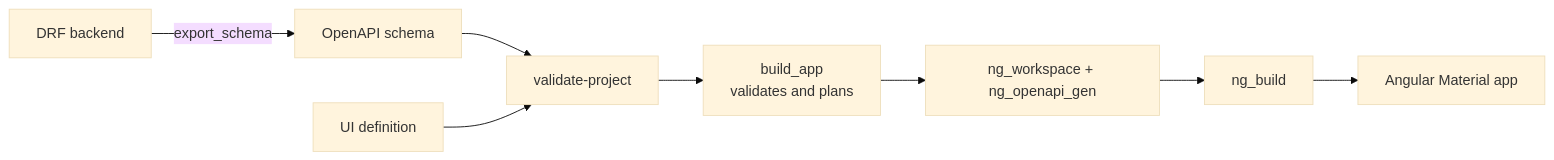
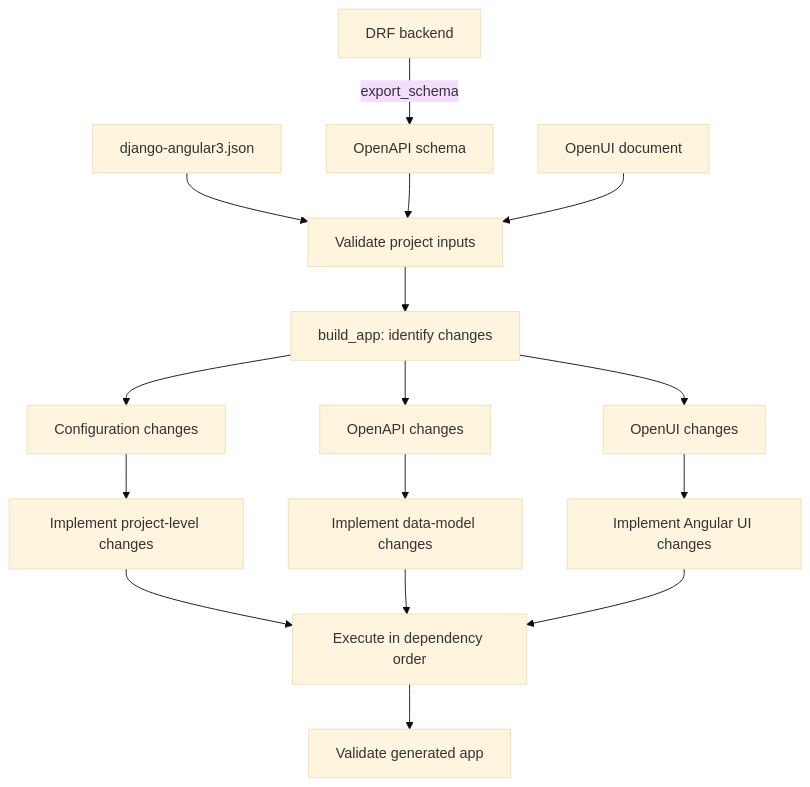
The diagram in docs/workflow.md (shlomoa/django-angular3), drawn with Mermaid (base theme) before and after one commit. The commit also changed other lines of this file and 41 other files, not shown here.

Commit message:
updating the flow and integrating openui-spec

````diff
--- a/docs/workflow.md
+++ b/docs/workflow.md
@@ -22,10 +22,18 @@
 ```mermaid
-flowchart LR
+flowchart TD
+  config[django-angular3.json] --> validate[Validate project inputs]
   drf[DRF backend] -->|export_schema| schema[OpenAPI schema]
-  schema --> validate[validate-project]
-  openui[UI definition] --> validate
-  validate --> plan[build_app<br/>validates and plans]
-  plan --> workspace[ng_workspace + ng_openapi_gen]
-  workspace --> build[ng_build]
-  build --> angular[Angular Material app]
+  schema --> validate
+  openui[OpenUI document] --> validate
+  validate --> identify[build_app: identify changes]
+  identify --> configChanges[Configuration changes]
+  identify --> schemaChanges[OpenAPI changes]
+  identify --> openuiChanges[OpenUI changes]
+  configChanges --> project[Implement project-level changes]
+  schemaChanges --> dataModel[Implement data-model changes]
+  openuiChanges --> angularUi[Implement Angular UI changes]
+  project --> execute[Execute in dependency order]
+  dataModel --> execute
+  angularUi --> execute
+  execute --> verify[Validate generated app]
 ```
````
